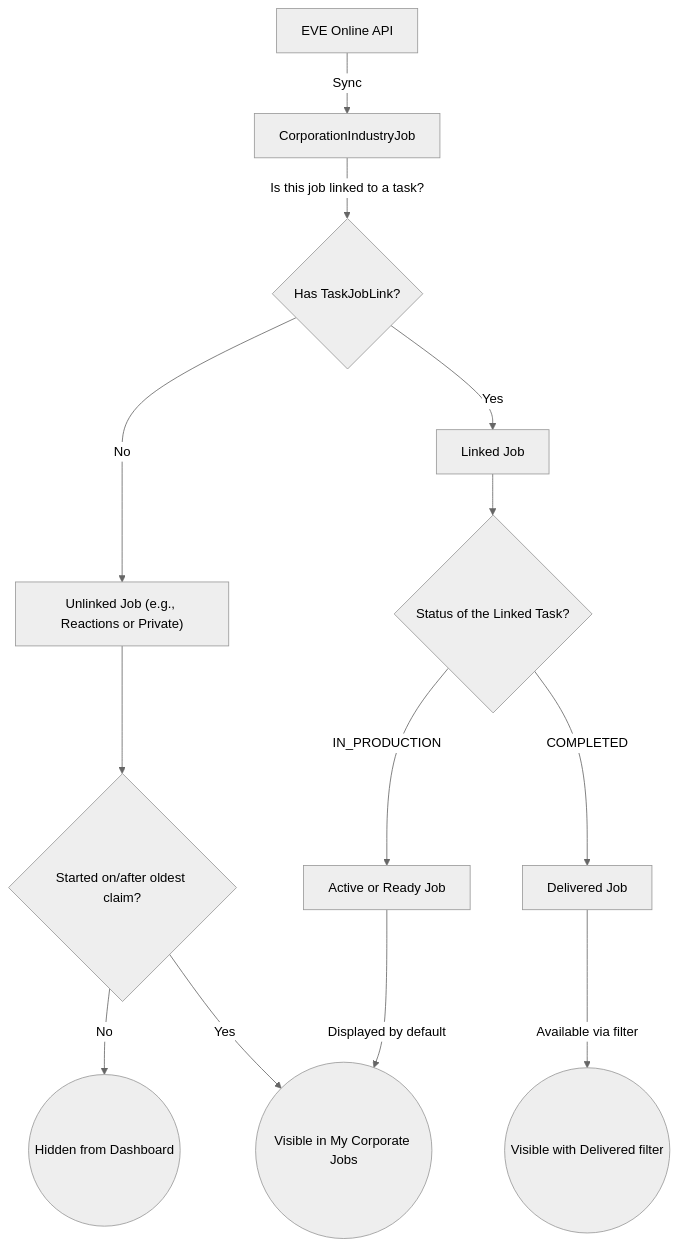
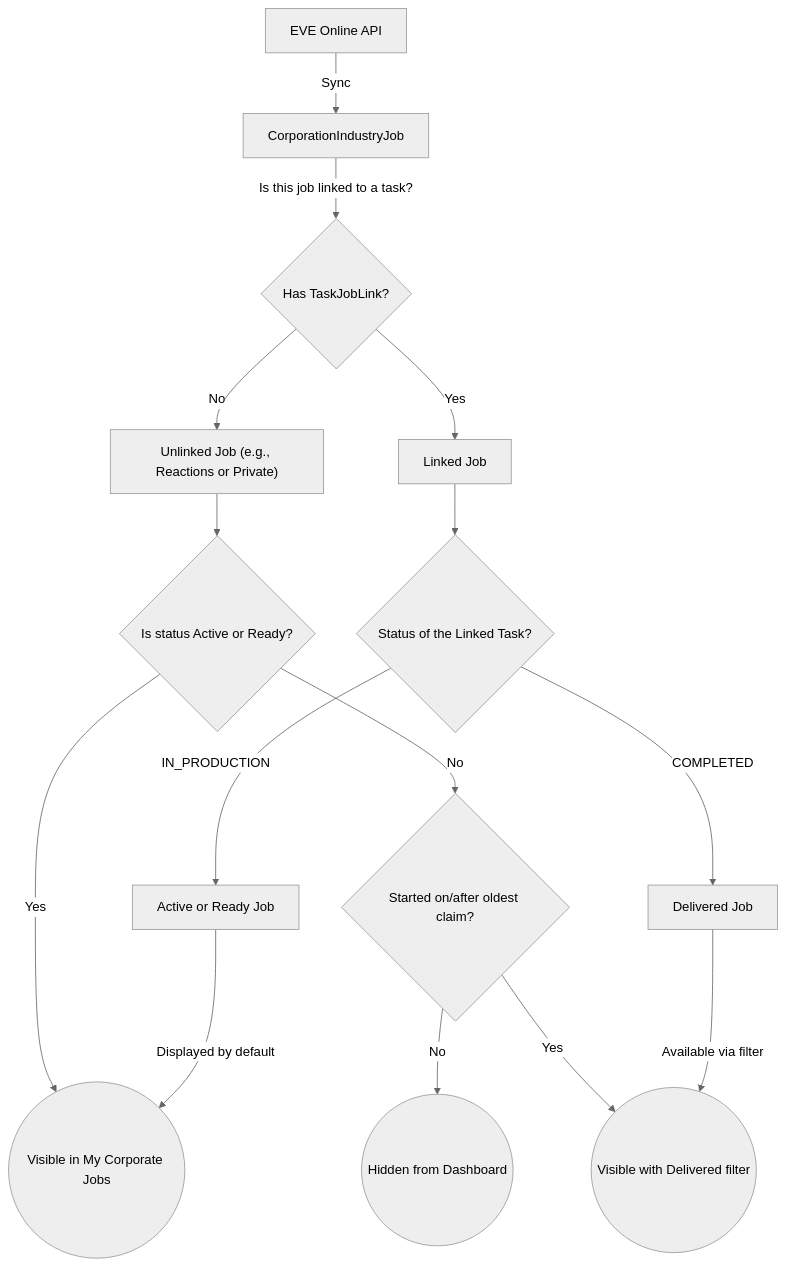
Before and after one commit to mbroekman/aa-industry: the diagram in backlog/docs/doc-8 - Job-Filtering-Logic.md, drawn with Mermaid (neutral theme). The commit also changed other lines of this file, not shown here.

Commit message:
docs: update job filtering logic for active/ready jobs

````diff
--- a/backlog/docs/doc-8 - Job-Filtering-Logic.md
+++ b/backlog/docs/doc-8 - Job-Filtering-Logic.md
@@ -36,20 +39,22 @@
 ```mermaid
 graph TD
     API["EVE Online API"] -->|Sync| DB_JOB["CorporationIndustryJob"]
 
     DB_JOB -->|"Is this job linked to a task?"| CHECK{"Has TaskJobLink?"}
 
     CHECK -->|No| UNLINKED["Unlinked Job (e.g., Reactions or Private)"]
-    UNLINKED --> TIME_CHECK{"Started on/after oldest claim?"}
+    UNLINKED --> STATUS_CHECK{"Is status Active or Ready?"}
+    STATUS_CHECK -->|Yes| VISIBLE_ACTIVE(("Visible in My Corporate Jobs"))
+    STATUS_CHECK -->|No| TIME_CHECK{"Started on/after oldest claim?"}
     TIME_CHECK -->|No| HIDDEN(("Hidden from Dashboard"))
-    TIME_CHECK -->|Yes| VISIBLE_ACTIVE(("Visible in My Corporate Jobs"))
+    TIME_CHECK -->|Yes| VISIBLE_DELIVERED(("Visible via UI Filter"))
 
     CHECK -->|Yes| LINKED["Linked Job"]
     LINKED --> TASK_STATE{"Status of the Linked Task?"}
 
     TASK_STATE -->|IN_PRODUCTION| ACTIVE_JOB["Active or Ready Job"]
     ACTIVE_JOB -->|"Displayed by default"| VISIBLE_ACTIVE
 
     TASK_STATE -->|COMPLETED| COMPLETED_JOB["Delivered Job"]
     COMPLETED_JOB -->|"Available via filter"| VISIBLE_DELIVERED(("Visible with Delivered filter"))
 ```
````
